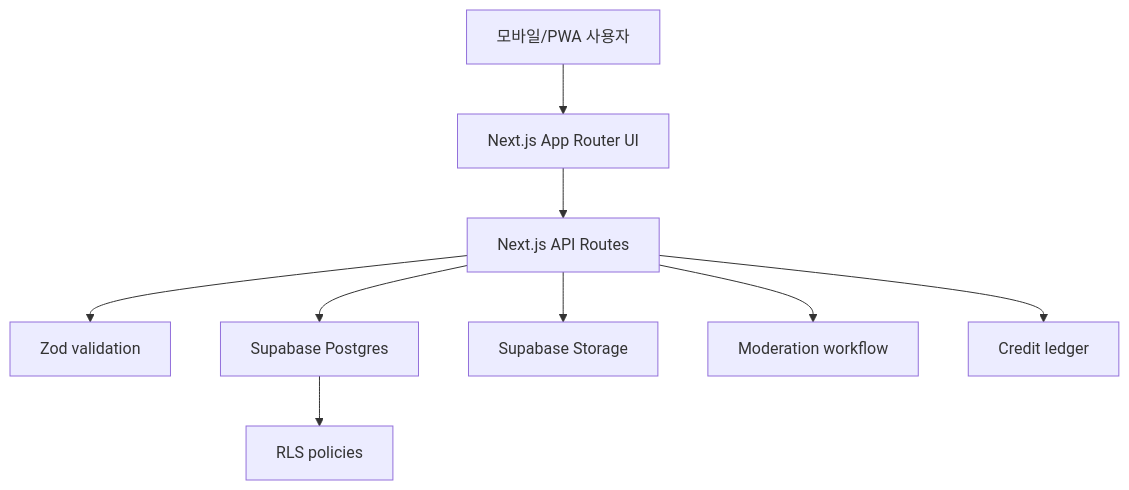
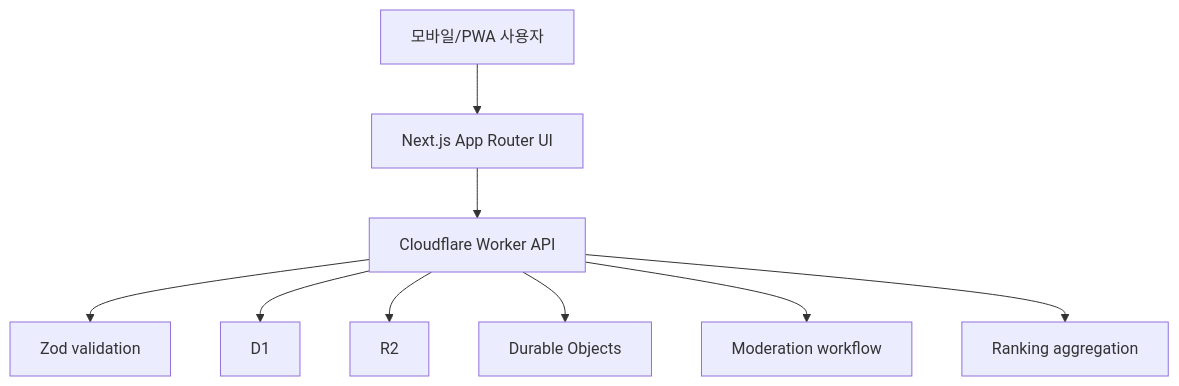
The diagram in _workspace/01_architecture.md (dudqks0319-cpu/silsigan-place-sns), drawn with Mermaid before and after one commit. The commit also changed other lines of this file and 241 other files, not shown here.

````diff
--- a/_workspace/01_architecture.md
+++ b/_workspace/01_architecture.md
@@ -47,11 +47,11 @@
 ```mermaid
 flowchart TD
   U["모바일/PWA 사용자"] --> W["Next.js App Router UI"]
-  W --> A["Next.js API Routes"]
+  W --> A["Cloudflare Worker API"]
   A --> V["Zod validation"]
-  A --> D["Supabase Postgres"]
-  A --> S["Supabase Storage"]
-  D --> R["RLS policies"]
+  A --> D["D1"]
+  A --> S["R2"]
+  A --> O["Durable Objects"]
   A --> M["Moderation workflow"]
-  A --> C["Credit ledger"]
+  A --> C["Ranking aggregation"]
 ```
````
